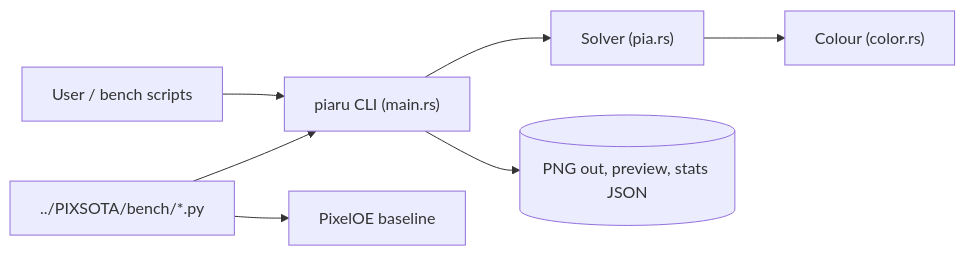
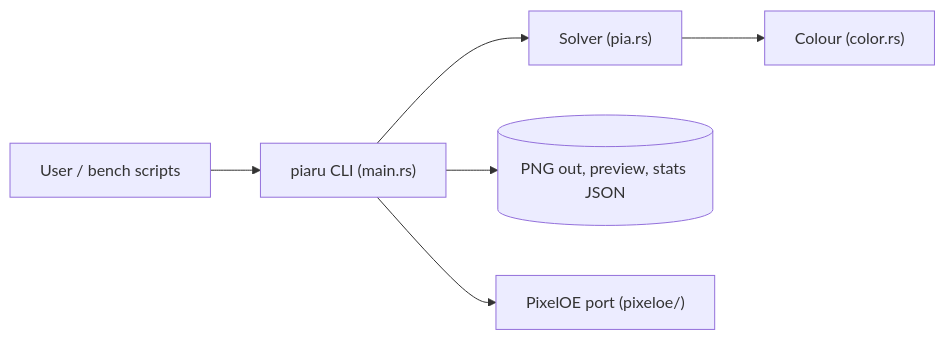
One commit to kritzerenkrieg/pixplusplus changed the diagram in ARCHITECTURE.md. Above: the diagram before and after it, drawn with Mermaid. The commit also changed other lines of this file and 9 other files, not shown here.

````diff
--- a/ARCHITECTURE.md
+++ b/ARCHITECTURE.md
@@ -5,9 +5,8 @@
 ```mermaid
 flowchart LR
     User["User / bench scripts"] --> CLI["piaru CLI (main.rs)"]
     CLI --> Solver["Solver (pia.rs)"]
     Solver --> Color["Colour (color.rs)"]
     CLI --> Files[("PNG out, preview, stats JSON")]
-    Bench["../PIXSOTA/bench/*.py"] --> CLI
-    Bench --> PixelOE["PixelOE baseline"]
+    CLI --> PixelOE["PixelOE port (pixeloe/)"]
 ```
````
